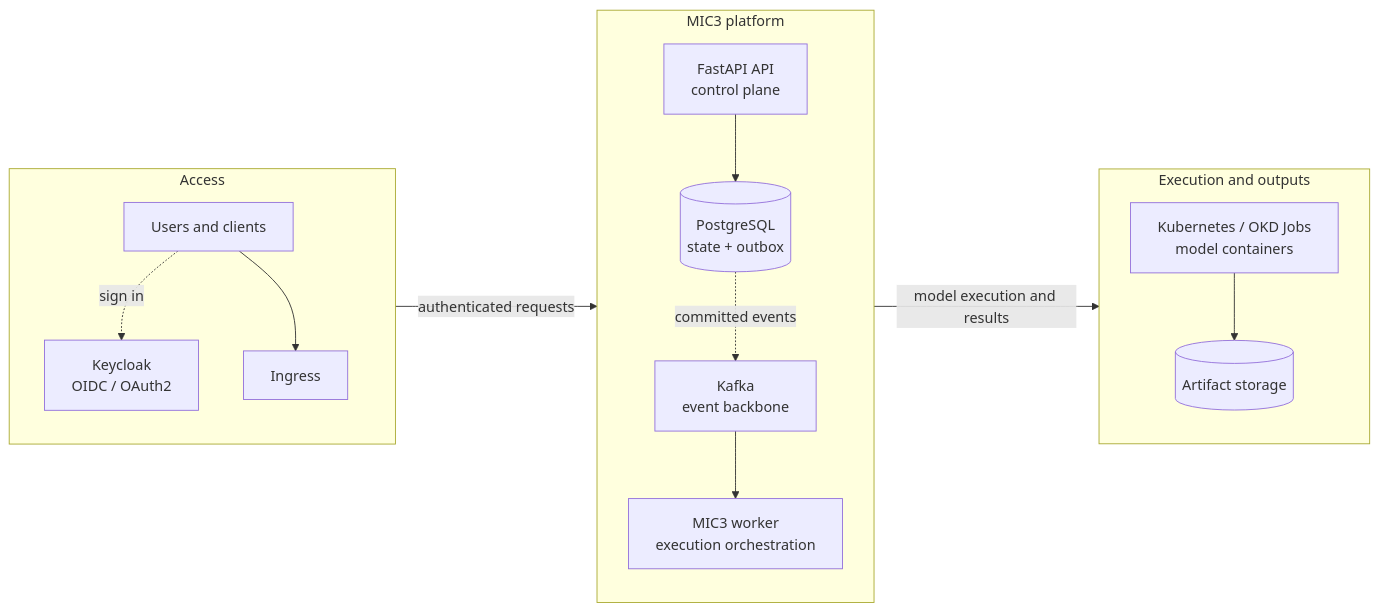
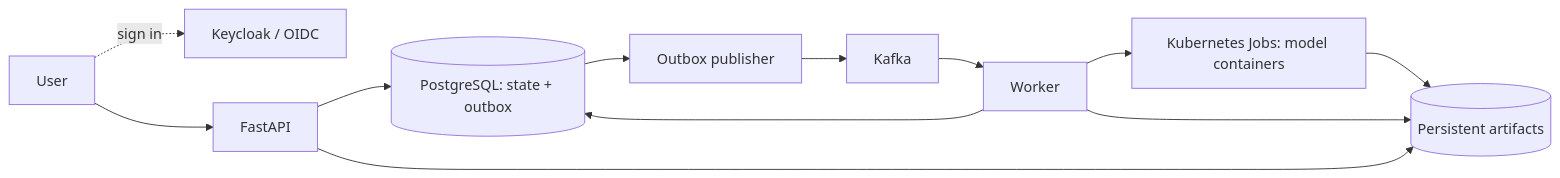
Before and after one commit to TRANSIENCE-MIC3/MIC3-API: the first of 2 diagrams in docs/architecture/prd.md, drawn with Mermaid. The commit also changed other lines of this file and 2 other files, not shown here.

````diff
--- a/docs/architecture/prd.md
+++ b/docs/architecture/prd.md
@@ -46,35 +16,14 @@
 ```mermaid
 flowchart LR
-    subgraph access["Access"]
-        direction TB
-        users["Users and clients"]
-        keycloak["Keycloak\nOIDC / OAuth2"]
-        ingress["Ingress"]
-
-        users -. "sign in" .-> keycloak
-        users --> ingress
-    end
-
-    subgraph platform["MIC3 platform"]
-        direction TB
-        api["FastAPI API\ncontrol plane"]
-        postgres[("PostgreSQL\nstate + outbox")]
-        kafka["Kafka\nevent backbone"]
-        worker["MIC3 worker\nexecution orchestration"]
-
-        api --> postgres
-        postgres -. "committed events" .-> kafka
-        kafka --> worker
-    end
-
-    subgraph runtime["Execution and outputs"]
-        direction TB
-        jobs["Kubernetes / OKD Jobs\nmodel containers"]
-        artifacts[("Artifact storage")]
-
-        jobs --> artifacts
-    end
-
-    access -->|authenticated requests| platform
-    platform -->|model execution and results| runtime
+    user[User] -. sign in .-> idp[Keycloak / OIDC]
+    user --> api[FastAPI]
+    api --> db[(PostgreSQL: state + outbox)]
+    db --> publisher[Outbox publisher]
+    publisher --> kafka[Kafka]
+    kafka --> worker[Worker]
+    worker --> db
+    worker --> jobs[Kubernetes Jobs: model containers]
+    jobs --> storage[(Persistent artifacts)]
+    worker --> storage
+    api --> storage
 ```
````
